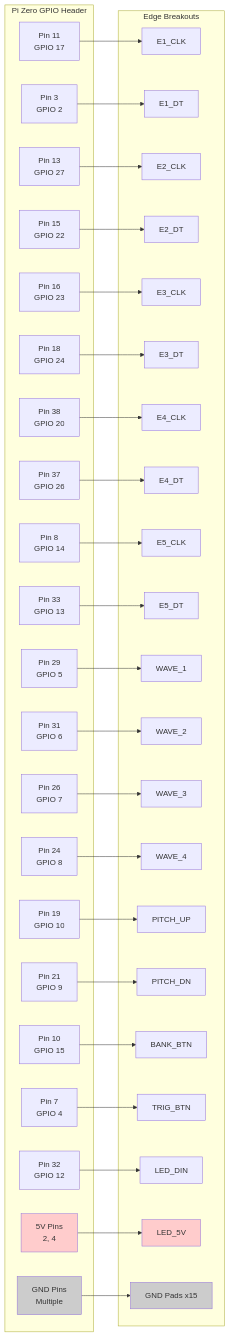
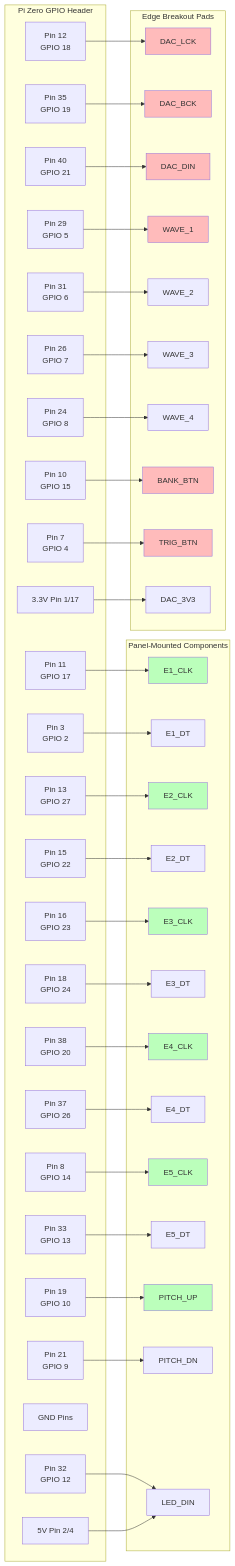
Before and after one commit to parkredding/poor-house-dub-v2: the fourth of 11 diagrams in PCB_SCHEMATIC.md, drawn with Mermaid. The commit also changed other lines of this file and 1 other file, not shown here.

First line of the commit message:
Update CSV and Mermaid schematics for hybrid PCB design

````diff
--- a/PCB_SCHEMATIC.md
+++ b/PCB_SCHEMATIC.md
@@ -115,6 +148,7 @@
         PIN8[Pin 8<br/>GPIO 14]
         PIN10[Pin 10<br/>GPIO 15]
         PIN11[Pin 11<br/>GPIO 17]
+        PIN12[Pin 12<br/>GPIO 18]
         PIN13[Pin 13<br/>GPIO 27]
         PIN15[Pin 15<br/>GPIO 22]
         PIN16[Pin 16<br/>GPIO 23]
@@ -127,13 +161,16 @@
         PIN31[Pin 31<br/>GPIO 6]
         PIN32[Pin 32<br/>GPIO 12]
         PIN33[Pin 33<br/>GPIO 13]
+        PIN35[Pin 35<br/>GPIO 19]
         PIN37[Pin 37<br/>GPIO 26]
         PIN38[Pin 38<br/>GPIO 20]
-        GND[GND Pins<br/>Multiple]
-        V5[5V Pins<br/>2, 4]
+        PIN40[Pin 40<br/>GPIO 21]
+        GND[GND Pins]
+        V5[5V Pin 2/4]
+        V33[3.3V Pin 1/17]
     end
 
-    subgraph "Edge Breakouts"
+    subgraph "Panel-Mounted Components"
         E1_CLK[E1_CLK]
         E1_DT[E1_DT]
         E2_CLK[E2_CLK]
@@ -144,17 +181,22 @@
         E4_DT[E4_DT]
         E5_CLK[E5_CLK]
         E5_DT[E5_DT]
+        PITCH_U[PITCH_UP]
+        PITCH_D[PITCH_DN]
+        LED_D[LED_DIN]
+    end
+
+    subgraph "Edge Breakout Pads"
+        DAC_LCK[DAC_LCK]
+        DAC_BCK[DAC_BCK]
+        DAC_DIN[DAC_DIN]
         WAVE1[WAVE_1]
         WAVE2[WAVE_2]
         WAVE3[WAVE_3]
         WAVE4[WAVE_4]
-        PITCH_U[PITCH_UP]
-        PITCH_D[PITCH_DN]
         BANK_B[BANK_BTN]
         TRIG_B[TRIG_BTN]
-        LED_D[LED_DIN]
-        LED_V[LED_5V]
-        PAD_GND[GND Pads x15]
+        DAC_V[DAC_3V3]
     end
 
     PIN11 --> E1_CLK
@@ -167,20 +209,33 @@
     PIN37 --> E4_DT
     PIN8 --> E5_CLK
     PIN33 --> E5_DT
+    PIN19 --> PITCH_U
+    PIN21 --> PITCH_D
+    PIN32 --> LED_D
+
+    PIN12 --> DAC_LCK
+    PIN35 --> DAC_BCK
+    PIN40 --> DAC_DIN
     PIN29 --> WAVE1
     PIN31 --> WAVE2
     PIN26 --> WAVE3
     PIN24 --> WAVE4
-    PIN19 --> PITCH_U
-    PIN21 --> PITCH_D
     PIN10 --> BANK_B
     PIN7 --> TRIG_B
-    PIN32 --> LED_D
-    V5 --> LED_V
-    GND --> PAD_GND
 
-    style GND fill:#ccc
-    style V5 fill:#fcc
-    style PAD_GND fill:#ccc
-    style LED_V fill:#fcc
+    V5 --> LED_D
+    V33 --> DAC_V
+
+    style E1_CLK fill:#bfb
+    style E2_CLK fill:#bfb
+    style E3_CLK fill:#bfb
+    style E4_CLK fill:#bfb
+    style E5_CLK fill:#bfb
+    style PITCH_U fill:#bfb
+    style DAC_LCK fill:#fbb
+    style DAC_BCK fill:#fbb
+    style DAC_DIN fill:#fbb
+    style WAVE1 fill:#fbb
+    style BANK_B fill:#fbb
+    style TRIG_B fill:#fbb
 ```
````
